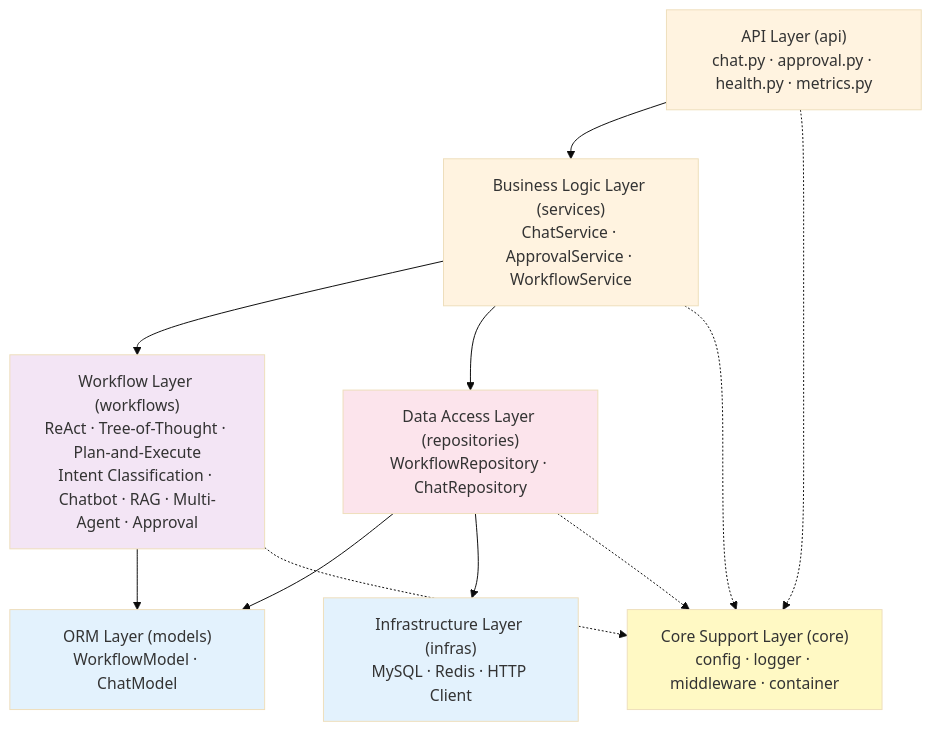
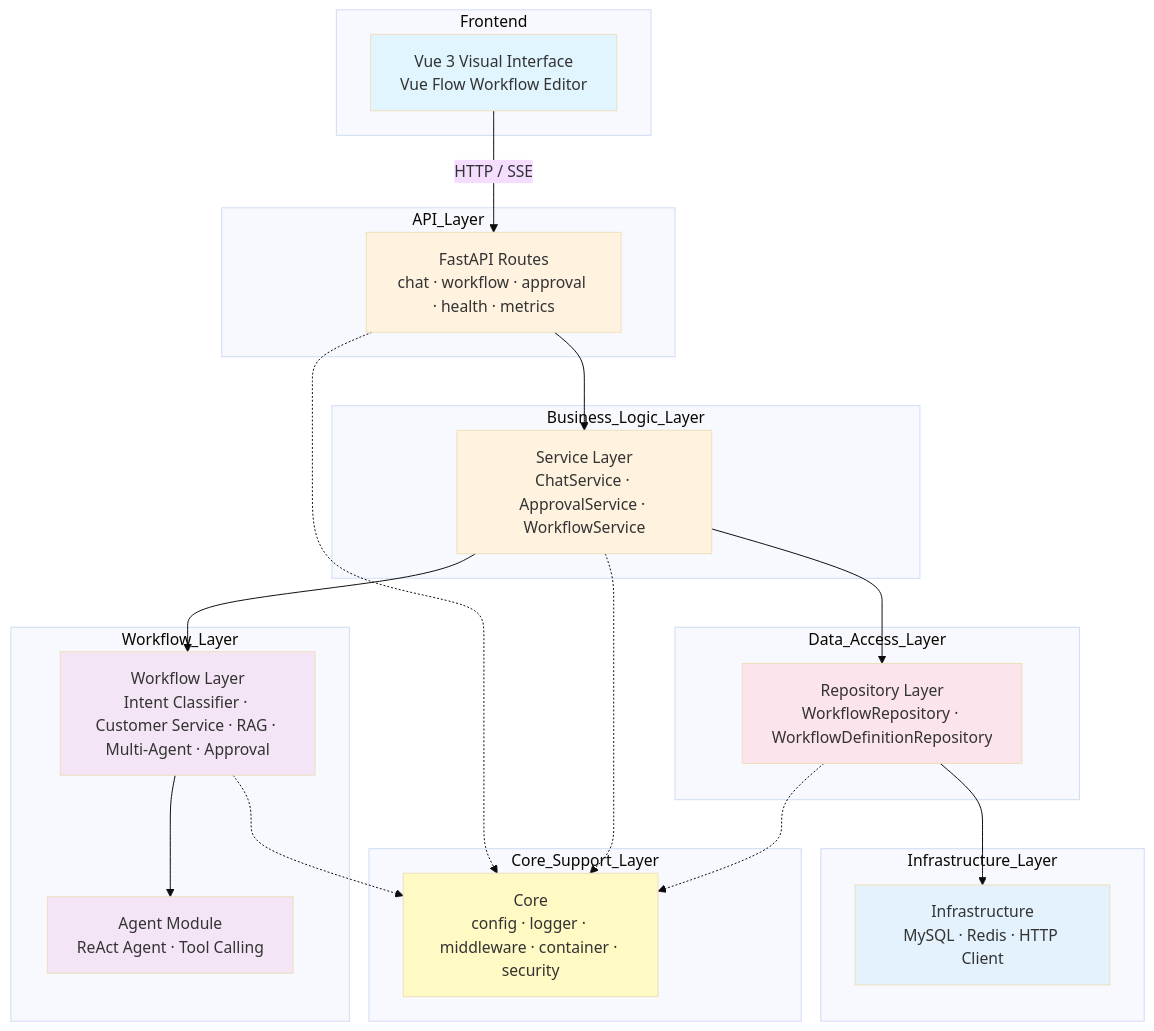
One commit to chain-engine/x-langgraph changed the first of 4 diagrams in README.en.md. Above: the diagram before and after it, drawn with Mermaid (base theme). The commit also changed other lines of this file and 2 other files, not shown here.

````diff
--- a/README.en.md
+++ b/README.en.md
@@ -103,30 +267,52 @@
 ```mermaid
 flowchart TB
-    API["API Layer (api)<br>chat.py · approval.py · health.py · metrics.py"]
-    SVC["Business Logic Layer (services)<br>ChatService · ApprovalService · WorkflowService"]
-    WF["Workflow Layer (workflows)<br>ReAct · Tree-of-Thought · Plan-and-Execute<br>Intent Classification · Chatbot · RAG · Multi-Agent · Approval"]
-    REPO["Data Access Layer (repositories)<br>WorkflowRepository · ChatRepository"]
-    MODELS["ORM Layer (models)<br>WorkflowModel · ChatModel"]
-    INFRA["Infrastructure Layer (infras)<br>MySQL · Redis · HTTP Client"]
-    CORE["Core Support Layer (core)<br>config · logger · middleware · container"]
+    subgraph Frontend
+        WEB["Vue 3 Visual Interface<br>Vue Flow Workflow Editor"]
+    end
 
+    subgraph API_Layer
+        API["FastAPI Routes<br>chat · workflow · approval · health · metrics"]
+    end
+
+    subgraph Business_Logic_Layer
+        SVC["Service Layer<br>ChatService · ApprovalService · WorkflowService"]
+    end
+
+    subgraph Workflow_Layer
+        WF["Workflow Layer<br>Intent Classifier · Customer Service · RAG · Multi-Agent · Approval"]
+        AGENT["Agent Module<br>ReAct Agent · Tool Calling"]
+    end
+
+    subgraph Data_Access_Layer
+        REPO["Repository Layer<br>WorkflowRepository · WorkflowDefinitionRepository"]
+    end
+
+    subgraph Infrastructure_Layer
+        INFRA["Infrastructure<br>MySQL · Redis · HTTP Client"]
+    end
+
+    subgraph Core_Support_Layer
+        CORE["Core<br>config · logger · middleware · container · security"]
+    end
+
+    WEB -->|"HTTP / SSE"| API
     API --> SVC
     SVC --> WF
     SVC --> REPO
-    WF --> MODELS
-    REPO --> MODELS
+    WF --> AGENT
     REPO --> INFRA
 
     API -.-> CORE
     SVC -.-> CORE
     WF -.-> CORE
     REPO -.-> CORE
 
+    style WEB fill:#e1f5fe
     style API fill:#fff3e0
     style SVC fill:#fff3e0
     style WF fill:#f3e5f5
+    style AGENT fill:#f3e5f5
     style REPO fill:#fce4ec
-    style MODELS fill:#e3f2fd
     style INFRA fill:#e3f2fd
     style CORE fill:#fff9c4
 ```
````
